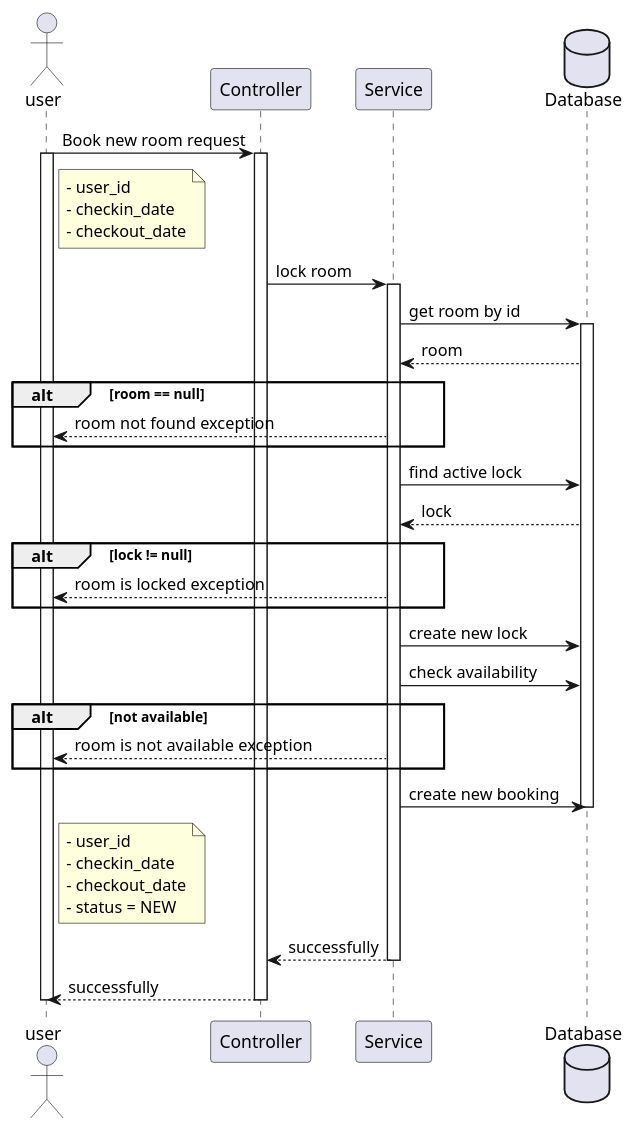
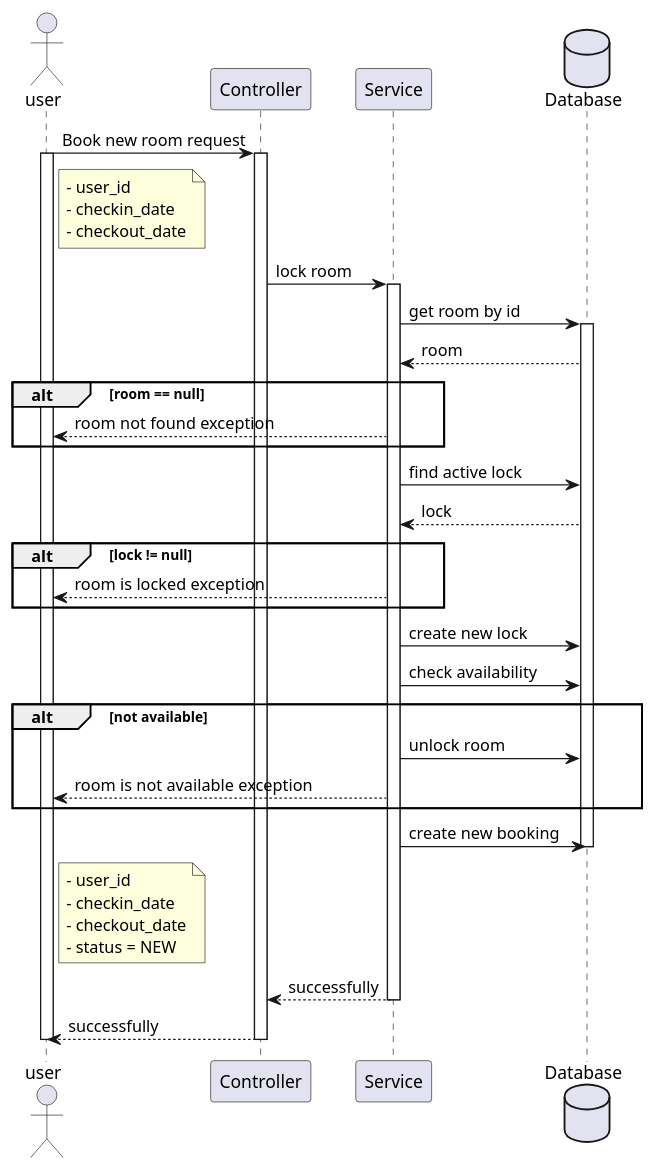
The diagram in docs/sequence-diagram/book-room.puml (vinguyen1907/gogo-travel), drawn with PlantUML before and after one commit.

```diff
--- a/docs/sequence-diagram/book-room.puml
+++ b/docs/sequence-diagram/book-room.puml
@@ -1,48 +1,49 @@
 @startuml Book new room
 
 actor user
 participant Controller
 participant Service
 database Database
 
 user -> Controller: Book new room request
 activate user
 note right of user
     - user_id
     - checkin_date
     - checkout_date
 end note
 activate Controller
 Controller -> Service: lock room
 activate Service
 Service -> Database: get room by id
 activate Database
 Service <-- Database: room
 alt room == null
 user <-- Service: room not found exception
 end 
 Service -> Database: find active lock
 Service <-- Database: lock
 alt lock != null
     user <-- Service: room is locked exception
 end
 Service -> Database: create new lock
 Service -> Database: check availability
 alt not available
+    Service -> Database: unlock room
     user <-- Service: room is not available exception
 end
 Service -> Database: create new booking
 deactivate Database
 note right of user
     - user_id
     - checkin_date
     - checkout_date
     - status = NEW
 end note
 Controller <-- Service: successfully
 deactivate Service
 user <-- Controller: successfully
 deactivate Controller
 deactivate user
 
 @enduml
```
